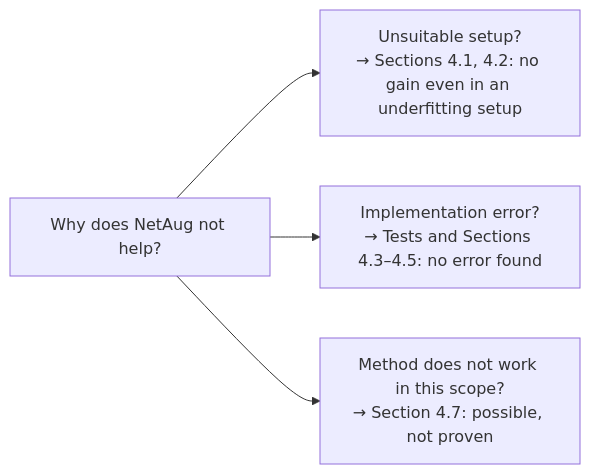
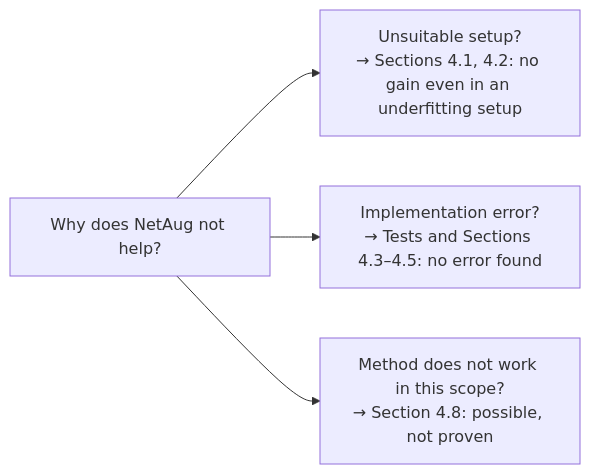
One commit to YuMingCorn/torchnetaug changed the diagram in docs/experiments.en.md. Above: the diagram before and after it, drawn with Mermaid. The commit also changed other lines of this file and 2 other files, not shown here.

````diff
--- a/docs/experiments.en.md
+++ b/docs/experiments.en.md
@@ -15,6 +15,6 @@
 ```mermaid
 flowchart LR
     Q["Why does NetAug not help?"] --> A["Unsuitable setup?<br/>→ Sections 4.1, 4.2: no gain even in an underfitting setup"]
     Q --> B["Implementation error?<br/>→ Tests and Sections 4.3–4.5: no error found"]
-    Q --> C["Method does not work in this scope?<br/>→ Section 4.7: possible, not proven"]
+    Q --> C["Method does not work in this scope?<br/>→ Section 4.8: possible, not proven"]
 ```
````
